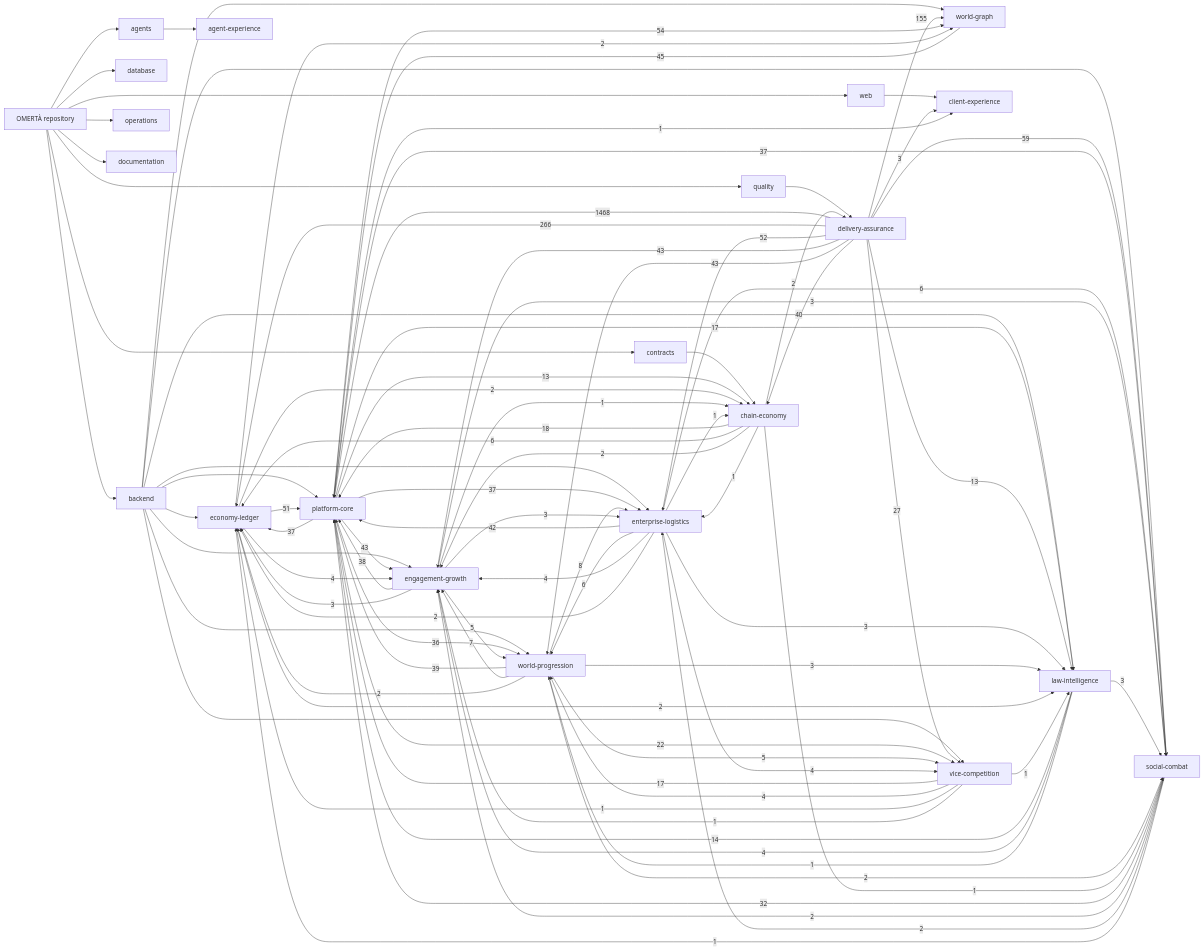
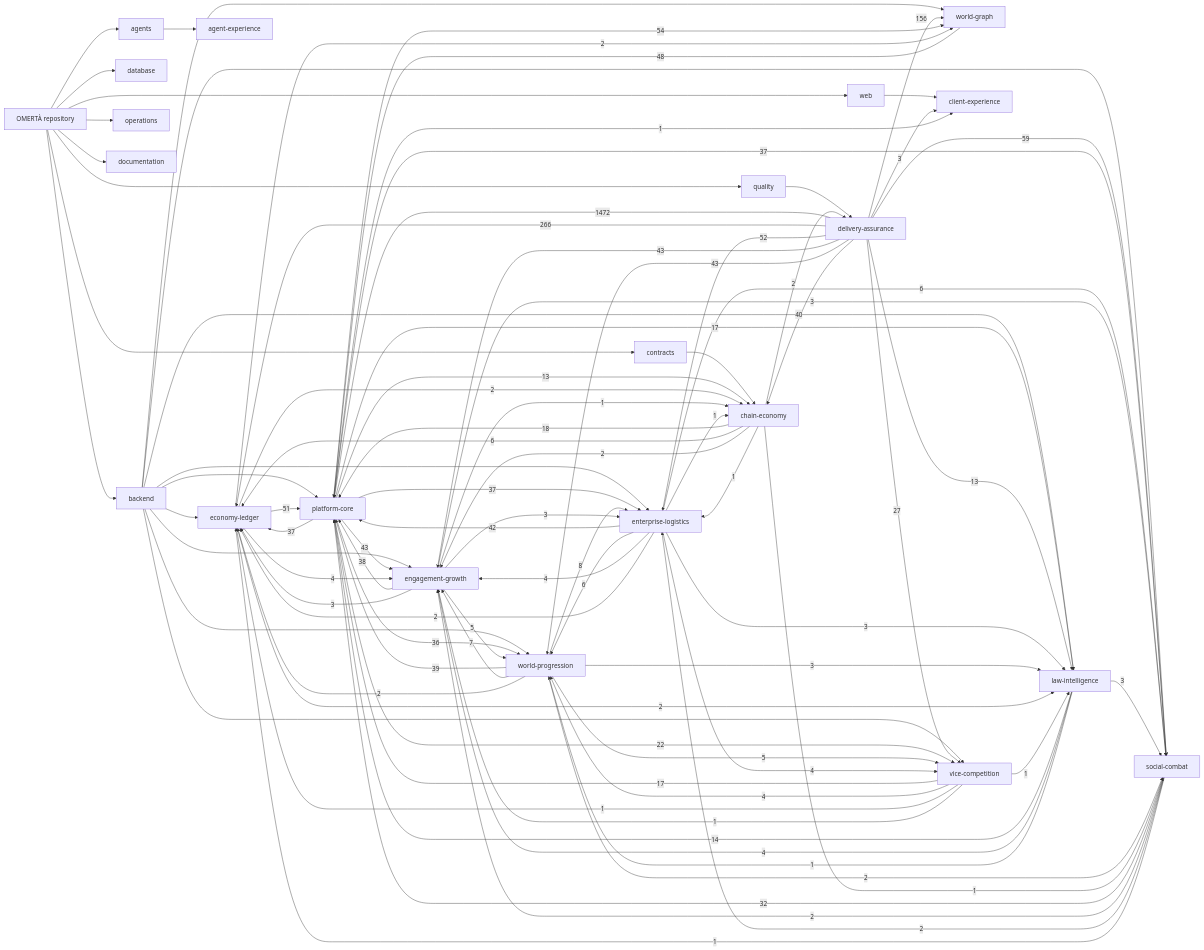
One commit to OmertaDev/Omerta changed the diagram in knowledge/generated/graph.mmd. Above: the diagram before and after it, drawn with Mermaid. The commit also changed 8 other files, not shown here.

```diff
--- a/knowledge/generated/graph.mmd
+++ b/knowledge/generated/graph.mmd
@@ -1,111 +1,111 @@
 flowchart LR
   repo["OMERTÀ repository"]
   sub_backend["backend"]
   repo --> sub_backend
   sub_database["database"]
   repo --> sub_database
   sub_web["web"]
   repo --> sub_web
   sub_contracts["contracts"]
   repo --> sub_contracts
   sub_agents["agents"]
   repo --> sub_agents
   sub_quality["quality"]
   repo --> sub_quality
   sub_operations["operations"]
   repo --> sub_operations
   sub_documentation["documentation"]
   repo --> sub_documentation
   dom_platform-core["platform-core"]
   dom_economy-ledger["economy-ledger"]
   dom_social-combat["social-combat"]
   dom_world-progression["world-progression"]
   dom_world-graph["world-graph"]
   dom_enterprise-logistics["enterprise-logistics"]
   dom_vice-competition["vice-competition"]
   dom_law-intelligence["law-intelligence"]
   dom_chain-economy["chain-economy"]
   dom_engagement-growth["engagement-growth"]
   dom_client-experience["client-experience"]
   dom_agent-experience["agent-experience"]
   dom_delivery-assurance["delivery-assurance"]
   sub_agents --> dom_agent-experience
   sub_backend --> dom_economy-ledger
   sub_backend --> dom_engagement-growth
   sub_backend --> dom_enterprise-logistics
   sub_backend --> dom_law-intelligence
   sub_backend --> dom_platform-core
   sub_backend --> dom_social-combat
   sub_backend --> dom_vice-competition
   sub_backend --> dom_world-graph
   sub_backend --> dom_world-progression
   sub_contracts --> dom_chain-economy
   sub_quality --> dom_delivery-assurance
   sub_web --> dom_client-experience
-  dom_delivery-assurance -->|1468| dom_platform-core
+  dom_delivery-assurance -->|1472| dom_platform-core
   dom_delivery-assurance -->|266| dom_economy-ledger
-  dom_delivery-assurance -->|155| dom_world-graph
+  dom_delivery-assurance -->|156| dom_world-graph
   dom_delivery-assurance -->|59| dom_social-combat
   dom_platform-core -->|54| dom_world-graph
   dom_delivery-assurance -->|52| dom_enterprise-logistics
   dom_economy-ledger -->|51| dom_platform-core
-  dom_world-graph -->|45| dom_platform-core
+  dom_world-graph -->|48| dom_platform-core
   dom_delivery-assurance -->|43| dom_engagement-growth
   dom_delivery-assurance -->|43| dom_world-progression
   dom_platform-core -->|43| dom_engagement-growth
   dom_enterprise-logistics -->|42| dom_platform-core
   dom_delivery-assurance -->|40| dom_chain-economy
   dom_world-progression -->|39| dom_platform-core
   dom_engagement-growth -->|38| dom_platform-core
   dom_platform-core -->|37| dom_economy-ledger
   dom_platform-core -->|37| dom_enterprise-logistics
   dom_platform-core -->|37| dom_social-combat
   dom_platform-core -->|36| dom_world-progression
   dom_social-combat -->|32| dom_platform-core
   dom_delivery-assurance -->|27| dom_vice-competition
   dom_platform-core -->|22| dom_vice-competition
   dom_chain-economy -->|18| dom_platform-core
   dom_platform-core -->|17| dom_law-intelligence
   dom_vice-competition -->|17| dom_platform-core
   dom_law-intelligence -->|14| dom_platform-core
   dom_delivery-assurance -->|13| dom_law-intelligence
   dom_platform-core -->|13| dom_chain-economy
   dom_world-progression -->|8| dom_enterprise-logistics
   dom_world-progression -->|7| dom_engagement-growth
   dom_chain-economy -->|6| dom_economy-ledger
   dom_enterprise-logistics -->|6| dom_social-combat
   dom_enterprise-logistics -->|6| dom_world-progression
   dom_engagement-growth -->|5| dom_world-progression
   dom_world-progression -->|5| dom_vice-competition
   dom_economy-ledger -->|4| dom_engagement-growth
   dom_enterprise-logistics -->|4| dom_engagement-growth
   dom_enterprise-logistics -->|4| dom_vice-competition
   dom_law-intelligence -->|4| dom_engagement-growth
   dom_vice-competition -->|4| dom_world-progression
   dom_delivery-assurance -->|3| dom_client-experience
   dom_engagement-growth -->|3| dom_economy-ledger
   dom_engagement-growth -->|3| dom_enterprise-logistics
   dom_engagement-growth -->|3| dom_social-combat
   dom_enterprise-logistics -->|3| dom_law-intelligence
   dom_law-intelligence -->|3| dom_social-combat
   dom_world-progression -->|3| dom_law-intelligence
   dom_chain-economy -->|2| dom_delivery-assurance
   dom_chain-economy -->|2| dom_engagement-growth
   dom_economy-ledger -->|2| dom_chain-economy
   dom_economy-ledger -->|2| dom_law-intelligence
   dom_economy-ledger -->|2| dom_world-graph
   dom_enterprise-logistics -->|2| dom_economy-ledger
   dom_social-combat -->|2| dom_engagement-growth
   dom_social-combat -->|2| dom_enterprise-logistics
   dom_world-progression -->|2| dom_economy-ledger
   dom_world-progression -->|2| dom_social-combat
   dom_chain-economy -->|1| dom_enterprise-logistics
   dom_chain-economy -->|1| dom_social-combat
   dom_engagement-growth -->|1| dom_chain-economy
   dom_enterprise-logistics -->|1| dom_chain-economy
   dom_law-intelligence -->|1| dom_world-progression
   dom_platform-core -->|1| dom_client-experience
   dom_social-combat -->|1| dom_economy-ledger
   dom_vice-competition -->|1| dom_economy-ledger
   dom_vice-competition -->|1| dom_engagement-growth
   dom_vice-competition -->|1| dom_law-intelligence
```
